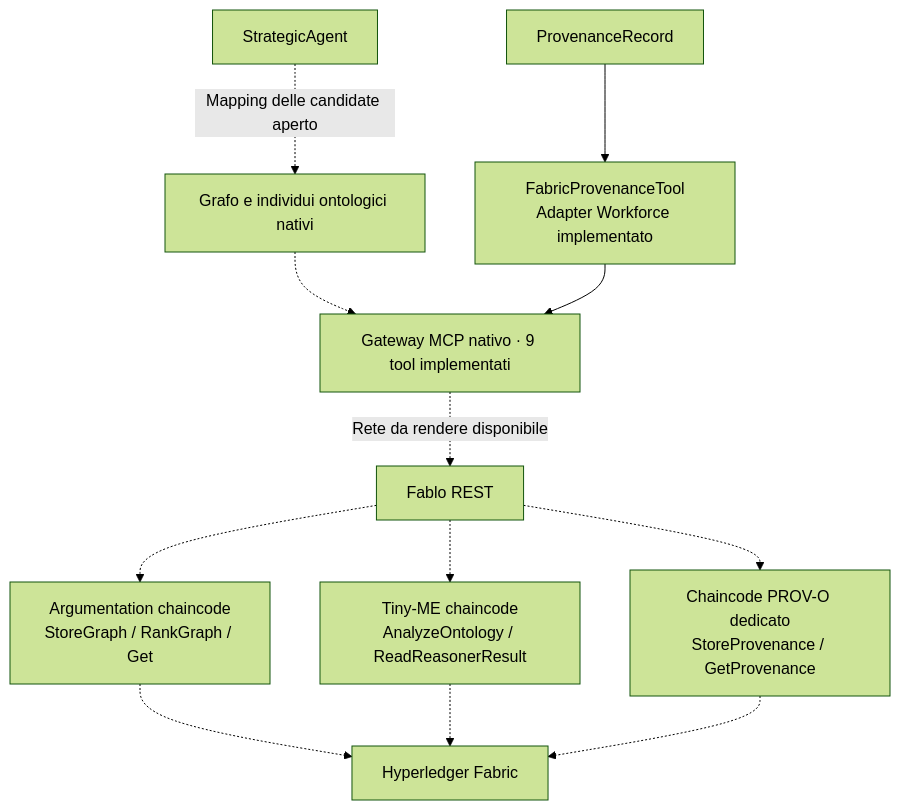
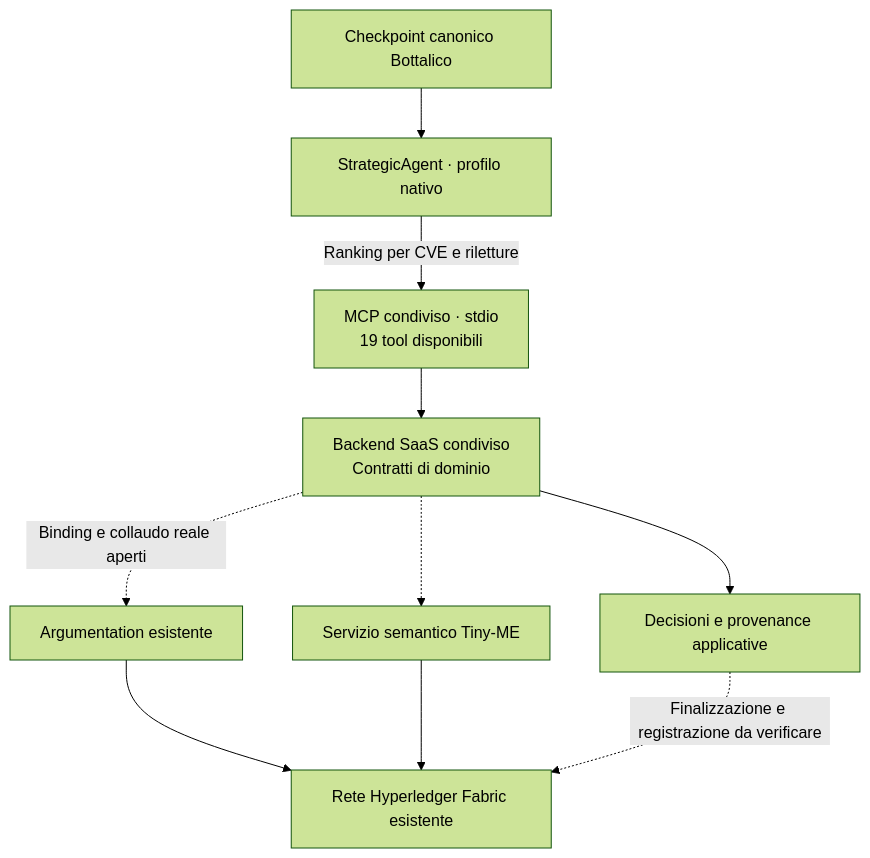
One commit to Reucalions/tesi changed the third of 3 diagrams in docs/architettura-implementata.md. Above: the diagram before and after it, drawn with Mermaid (forest theme). The commit also changed other lines of this file and 189 other files, not shown here.

````diff
--- a/docs/architettura-implementata.md
+++ b/docs/architettura-implementata.md
@@ -97,14 +107,12 @@
 ```mermaid
 flowchart TB
-    S["StrategicAgent"] -. "Mapping delle candidate aperto" .-> M["Grafo e individui ontologici nativi"]
-    M -.-> GW["Gateway MCP nativo · 9 tool implementati"]
-    P["ProvenanceRecord"] --> AD["FabricProvenanceTool<br/>Adapter Workforce implementato"]
-    AD --> GW
-    GW -. "Rete da rendere disponibile" .-> F["Fablo REST"]
-    F -.-> BW["Argumentation chaincode<br/>StoreGraph / RankGraph / Get"]
-    F -.-> TM["Tiny-ME chaincode<br/>AnalyzeOntology / ReadReasonerResult"]
-    F -.-> PC["Chaincode PROV-O dedicato<br/>StoreProvenance / GetProvenance"]
-    BW -.-> L["Hyperledger Fabric"]
-    TM -.-> L
-    PC -.-> L
+    P["Checkpoint canonico Bottalico"] --> S["StrategicAgent · profilo nativo"]
+    S --> |"Ranking per CVE e riletture"| MCP["MCP condiviso · stdio<br/>19 tool disponibili"]
+    MCP --> SAAS["Backend SaaS condiviso<br/>Contratti di dominio"]
+    SAAS -. "Binding e collaudo reale aperti" .-> BW["Argumentation esistente"]
+    SAAS -.-> TM["Servizio semantico Tiny-ME"]
+    BW --> L["Rete Hyperledger Fabric esistente"]
+    TM --> L
+    SAAS --> DP["Decisioni e provenance applicative"]
+    DP -. "Finalizzazione e registrazione da verificare" .-> L
 ```
````
